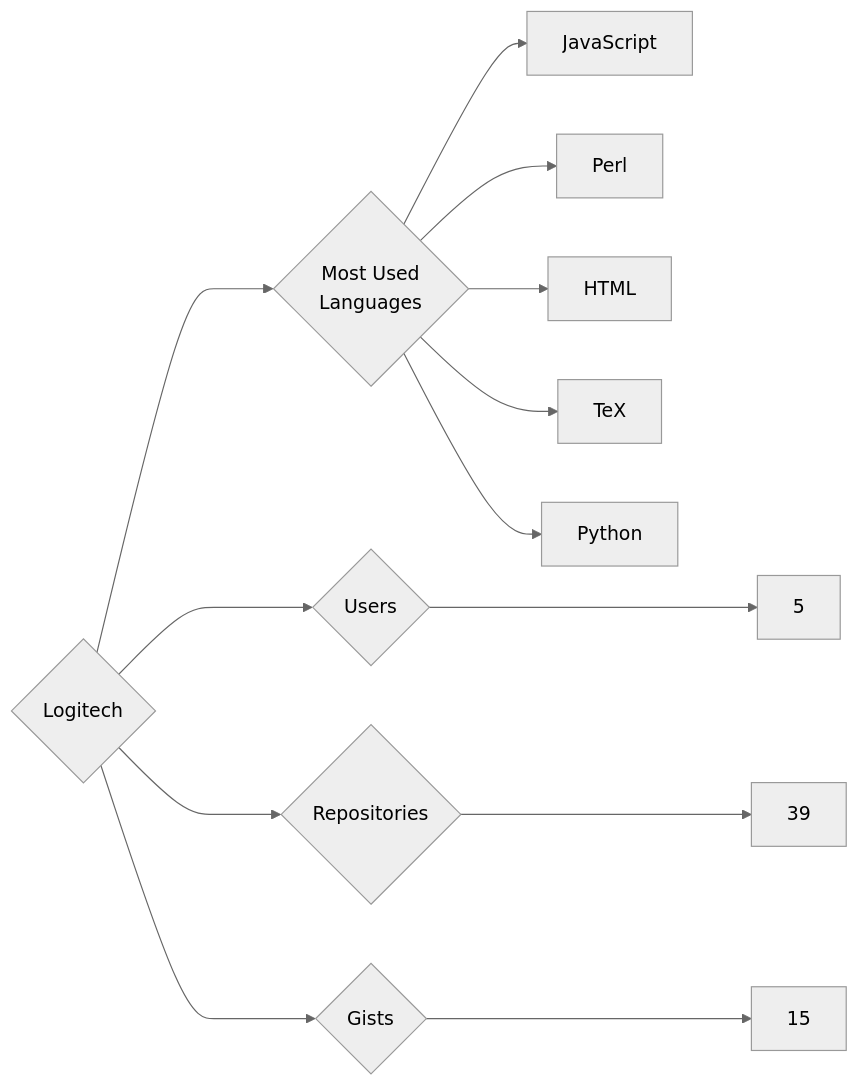
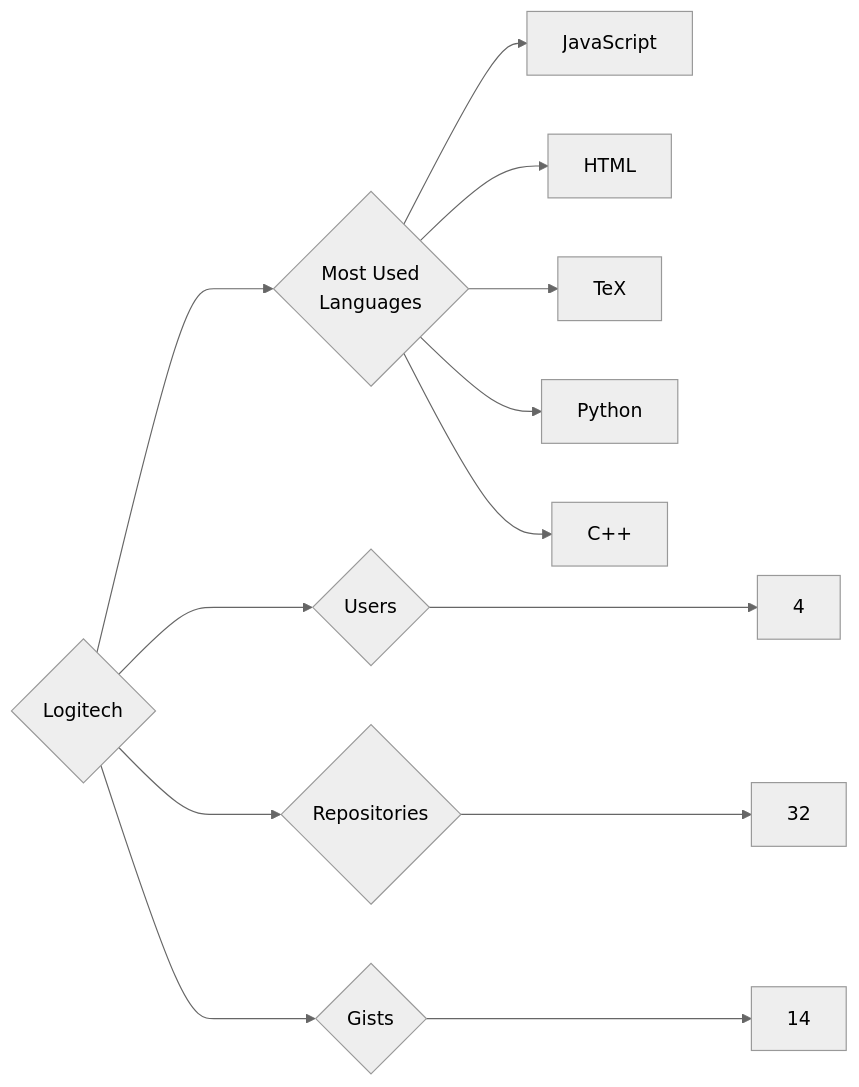
The diagram in targets/Logitech/README.md (trickest/insiders), drawn with Mermaid (neutral theme) before and after one commit. The commit also changed 695 other files, not shown here.

````diff
--- a/targets/Logitech/README.md
+++ b/targets/Logitech/README.md
@@ -3,13 +3,13 @@
 ```mermaid
 graph LR
 COMPANY_NAME{Logitech}
-COMPANY_NAME ---> U{Users} ---> UN[5]
-COMPANY_NAME ---> R{Repositories} ---> RN[39]
-COMPANY_NAME ---> G{Gists} ---> GN[15]
+COMPANY_NAME ---> U{Users} ---> UN[4]
+COMPANY_NAME ---> R{Repositories} ---> RN[32]
+COMPANY_NAME ---> G{Gists} ---> GN[14]
 COMPANY_NAME ---> ML{Most Used<br>Languages}
 ML --> JavaScript[JavaScript]
-ML --> Perl[Perl]
 ML --> HTML[HTML]
 ML --> TeX[TeX]
 ML --> Python[Python]
+ML --> C++[C++]
 ```
````
